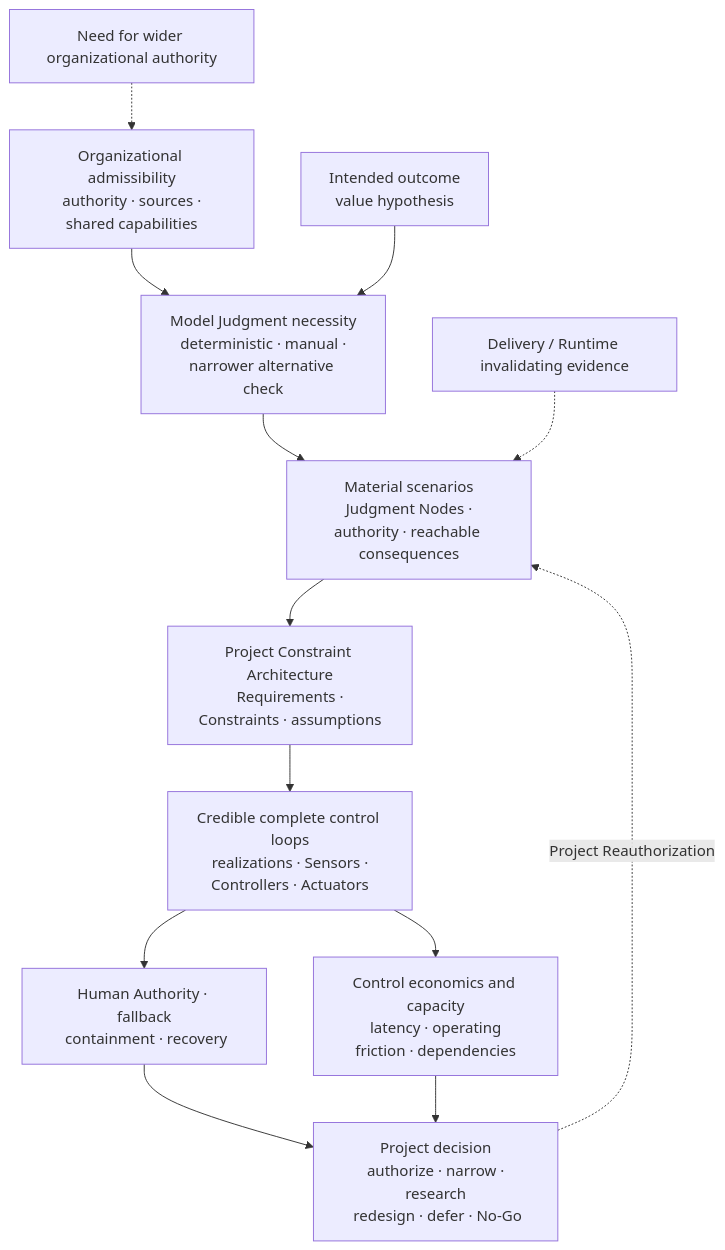
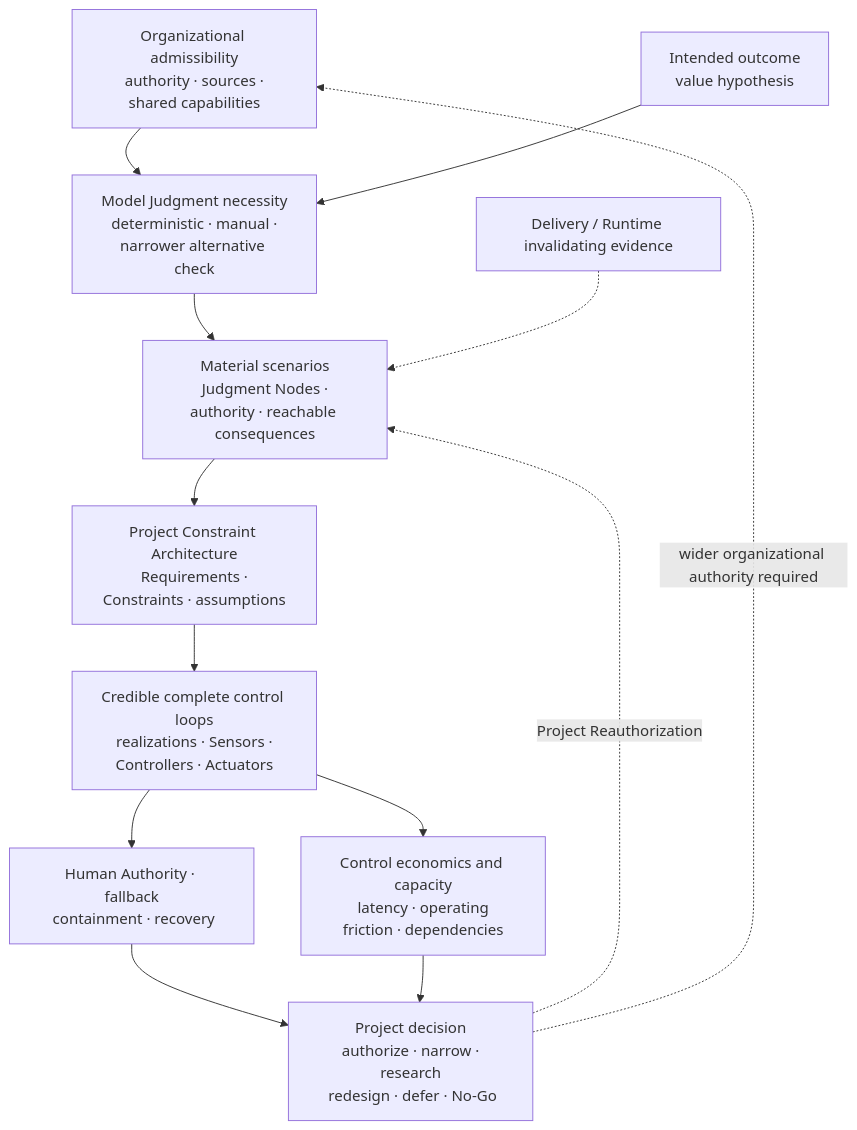
Before and after one commit to UncertaintyArchitectureGroup/uncertainty-architecture: diagram 11 of 15 in content/research/notes/open-engineering-specification-article-draft.md, drawn with Mermaid. The commit also changed other lines of this file, not shown here.

````diff
--- a/content/research/notes/open-engineering-specification-article-draft.md
+++ b/content/research/notes/open-engineering-specification-article-draft.md
@@ -614,22 +614,20 @@
 ```mermaid
 flowchart TB
     ORG["Organizational admissibility<br/> authority · sources · shared capabilities"]
     OUT["Intended outcome<br/> value hypothesis"]
     NEED["Model Judgment necessity<br/> deterministic · manual · narrower alternative check"]
     RISK["Material scenarios<br/> Judgment Nodes · authority · reachable consequences"]
     K["Project Constraint Architecture<br/> Requirements · Constraints · assumptions"]
     LOOP["Credible complete control loops<br/> realizations · Sensors · Controllers · Actuators"]
     HUMAN["Human Authority · fallback<br/> containment · recovery"]
     ECON["Control economics and capacity<br/> latency · operating friction · dependencies"]
     DEC["Project decision<br/> authorize · narrow · research<br/> redesign · defer · No-Go"]
     RE["Delivery / Runtime invalidating evidence"]
-    WIDE["Need for wider organizational authority"]
-
     ORG --> NEED
     OUT --> NEED --> RISK --> K --> LOOP
     LOOP --> HUMAN --> DEC
     LOOP --> ECON --> DEC
     RE -.-> RISK
     DEC -. Project Reauthorization .-> RISK
-    WIDE -.-> ORG
+    DEC -.->|wider organizational authority required| ORG
 ```
````
